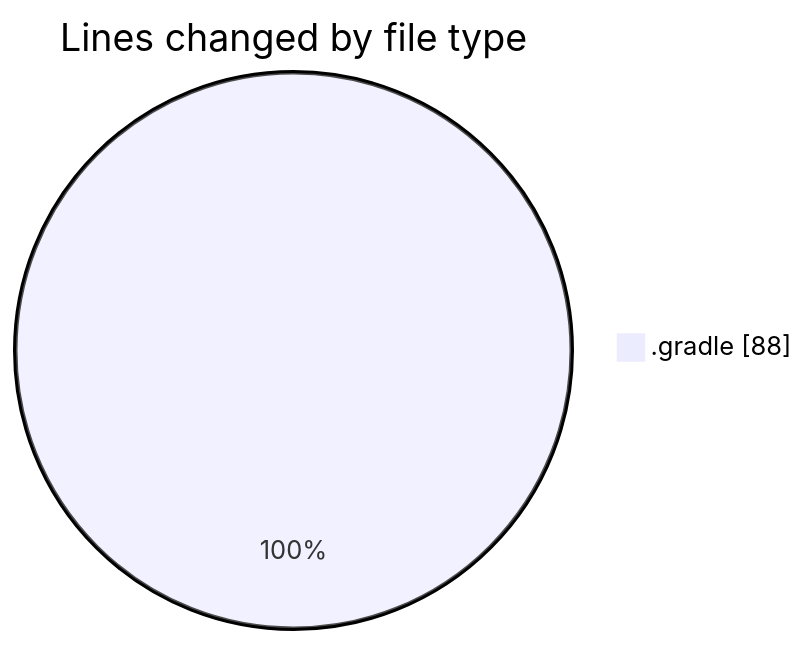
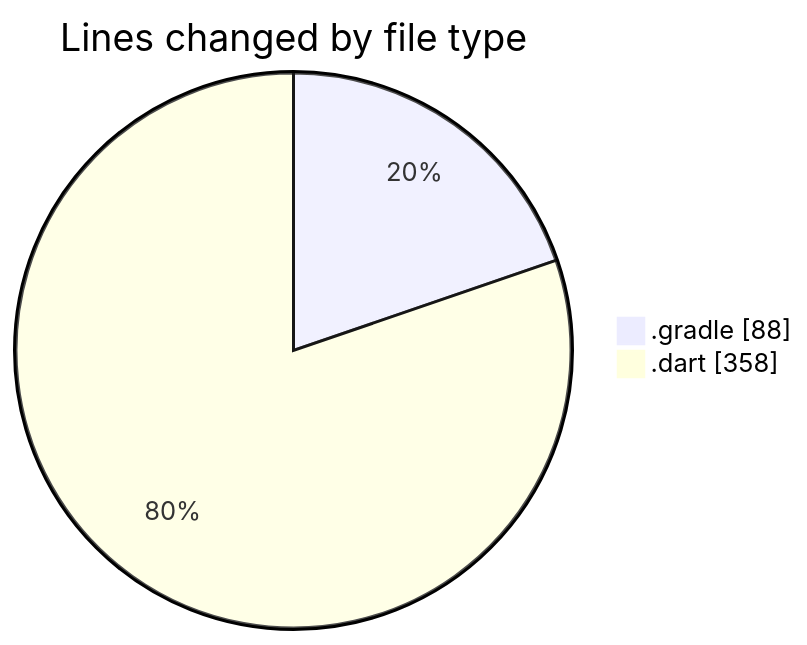
The first of 2 diagrams in 2025-09-07/quanlylink/README.md (lephambinh05/code-tracking), drawn with Mermaid before and after one commit. The commit also changed other lines of this file and 1 other file, not shown here.

````diff
--- a/2025-09-07/quanlylink/README.md
+++ b/2025-09-07/quanlylink/README.md
@@ -20,5 +22,6 @@
 ```mermaid
 pie showData
 title Lines changed by file type
 ".gradle" : 88
+".dart" : 358
 ```
````
